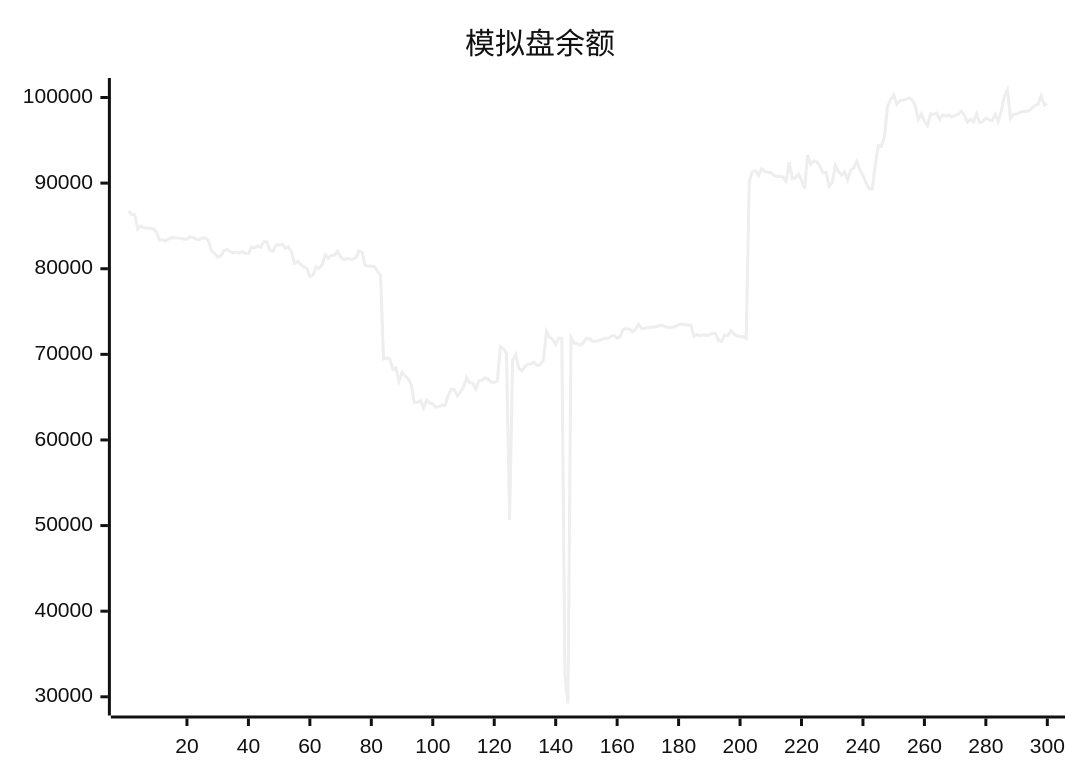
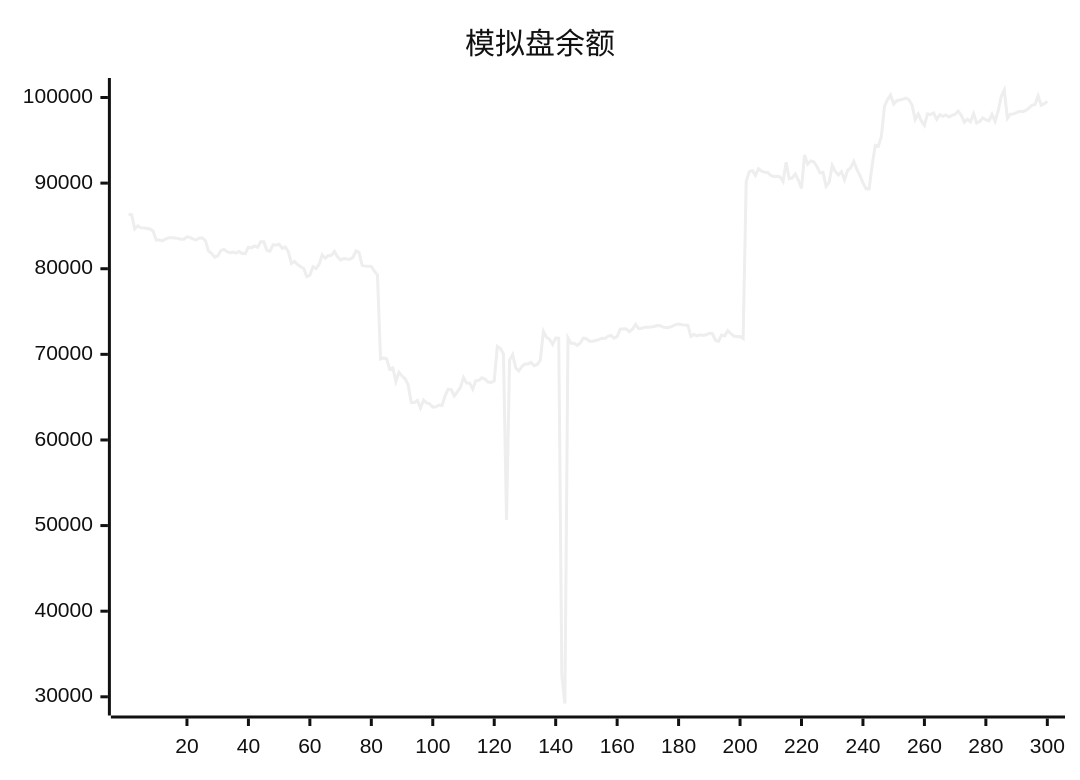
Before and after one commit to aahl/ai-trading: the diagram in README.md, drawn with Mermaid (neutral theme). The commit also changed other lines of this file and 1 other file, not shown here.

````diff
--- a/README.md
+++ b/README.md
@@ -5,5 +5,5 @@
 ```mermaid
 xychart
     title "模拟盘余额"
-    line [86740,86341,86315,84643,85012,84772,84768,84690,84635,84376,83360,83357,83259,83474,83608,83606,83602,83548,83440,83454,83724,83644,83464,83365,83590,83592,83275,82072,81806,81344,81492,82109,82254,82006,81848,81955,81829,82022,81769,81776,82522,82441,82656,82498,83144,83144,82150,82038,82797,82763,82872,82367,82536,81981,80612,80862,80484,80242,80034,79063,79245,80226,80016,80507,81625,81233,81544,81578,82016,81401,81019,81186,81130,81118,81306,82066,81909,80392,80304,80291,80258,79729,79261,69466,69579,69456,68251,68415,66832,67911,67462,67144,66432,64380,64375,64606,63740,64647,64324,64216,63842,63877,64078,64008,65156,65945,65888,65157,65625,66144,67284,66653,66639,65924,66925,66956,67263,67108,66766,66729,66886,70927,70673,70049,50652,69334,69973,68400,68061,68578,68876,68879,69055,68662,68822,69329,72687,71999,71760,71162,71911,71896,32500,29218,71927,71297,71305,71044,71337,71883,71822,71536,71536,71622,71723,71880,71860,72100,72216,71887,72077,72940,72976,72966,72638,72948,73497,73004,73041,73173,73160,73186,73258,73375,73351,73173,73098,73161,73305,73474,73536,73457,73413,73412,72100,72333,72164,72272,72204,72285,72461,72421,71652,71521,72267,72157,72774,72424,72144,72060,72091,71858,90185,91338,91466,90900,91678,91404,91268,91244,90903,90779,90787,90721,90187,92429,90518,90619,91070,90328,89376,93286,92202,92581,92485,91947,91196,91259,89619,90086,92063,91355,90950,91327,90373,91498,91800,92531,91603,90910,90031,89351,89334,92097,94406,94315,95455,98972,99763,100286,99229,99622,99701,99805,99938,99738,99082,97430,98094,97267,96741,98081,98013,98194,97447,97983,97789,97969,97729,97911,98043,98405,97912,97120,97448,97154,98095,97021,97190,97616,97402,97263,98035,97210,98424,100120,100876,97552,98049,98085,98228,98388,98342,98488,98750,99086,99181,100188,99107,99272]
+    line [86341,86315,84643,85012,84772,84768,84690,84635,84376,83360,83357,83259,83474,83608,83606,83602,83548,83440,83454,83724,83644,83464,83365,83590,83592,83275,82072,81806,81344,81492,82109,82254,82006,81848,81955,81829,82022,81769,81776,82522,82441,82656,82498,83144,83144,82150,82038,82797,82763,82872,82367,82536,81981,80612,80862,80484,80242,80034,79063,79245,80226,80016,80507,81625,81233,81544,81578,82016,81401,81019,81186,81130,81118,81306,82066,81909,80392,80304,80291,80258,79729,79261,69466,69579,69456,68251,68415,66832,67911,67462,67144,66432,64380,64375,64606,63740,64647,64324,64216,63842,63877,64078,64008,65156,65945,65888,65157,65625,66144,67284,66653,66639,65924,66925,66956,67263,67108,66766,66729,66886,70927,70673,70049,50652,69334,69973,68400,68061,68578,68876,68879,69055,68662,68822,69329,72687,71999,71760,71162,71911,71896,32500,29218,71927,71297,71305,71044,71337,71883,71822,71536,71536,71622,71723,71880,71860,72100,72216,71887,72077,72940,72976,72966,72638,72948,73497,73004,73041,73173,73160,73186,73258,73375,73351,73173,73098,73161,73305,73474,73536,73457,73413,73412,72100,72333,72164,72272,72204,72285,72461,72421,71652,71521,72267,72157,72774,72424,72144,72060,72091,71858,90185,91338,91466,90900,91678,91404,91268,91244,90903,90779,90787,90721,90187,92429,90518,90619,91070,90328,89376,93286,92202,92581,92485,91947,91196,91259,89619,90086,92063,91355,90950,91327,90373,91498,91800,92531,91603,90910,90031,89351,89334,92097,94406,94315,95455,98972,99763,100286,99229,99622,99701,99805,99938,99738,99082,97430,98094,97267,96741,98081,98013,98194,97447,97983,97789,97969,97729,97911,98043,98405,97912,97120,97448,97154,98095,97021,97190,97616,97402,97263,98035,97210,98424,100120,100876,97552,98049,98085,98228,98388,98342,98488,98750,99086,99181,100188,99107,99272,99553]
 ```
````
